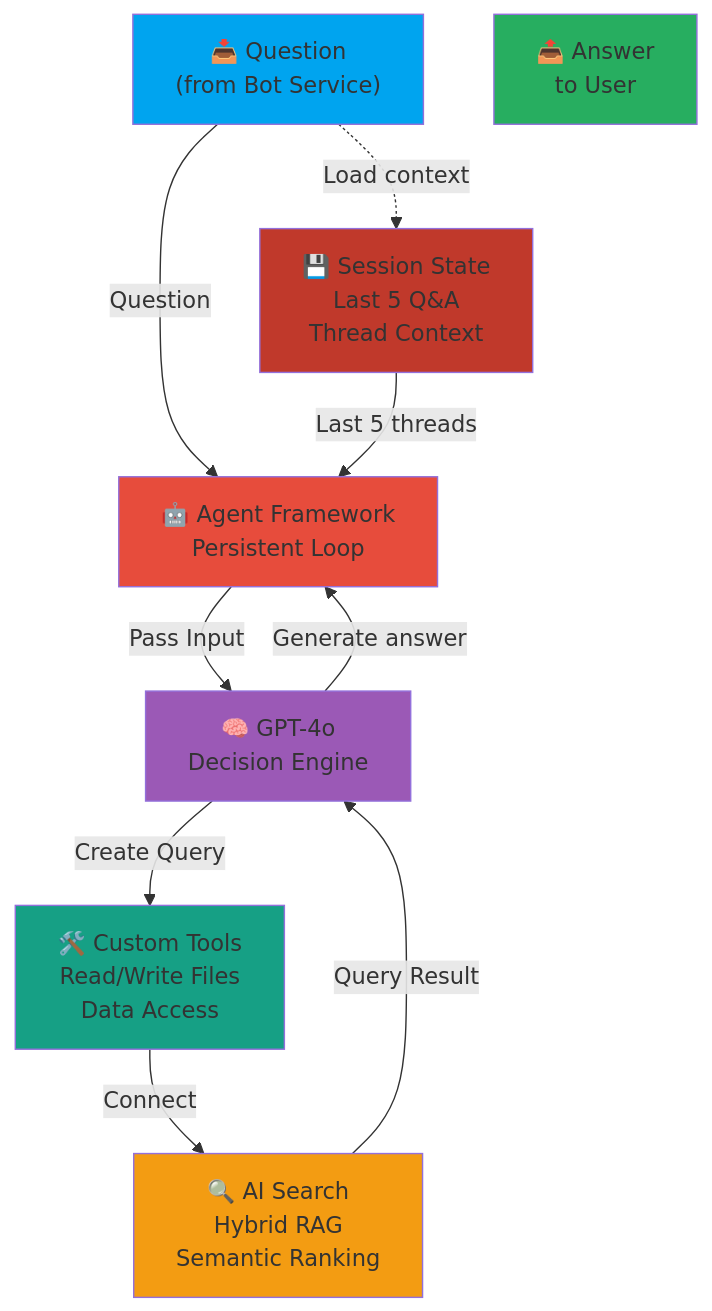
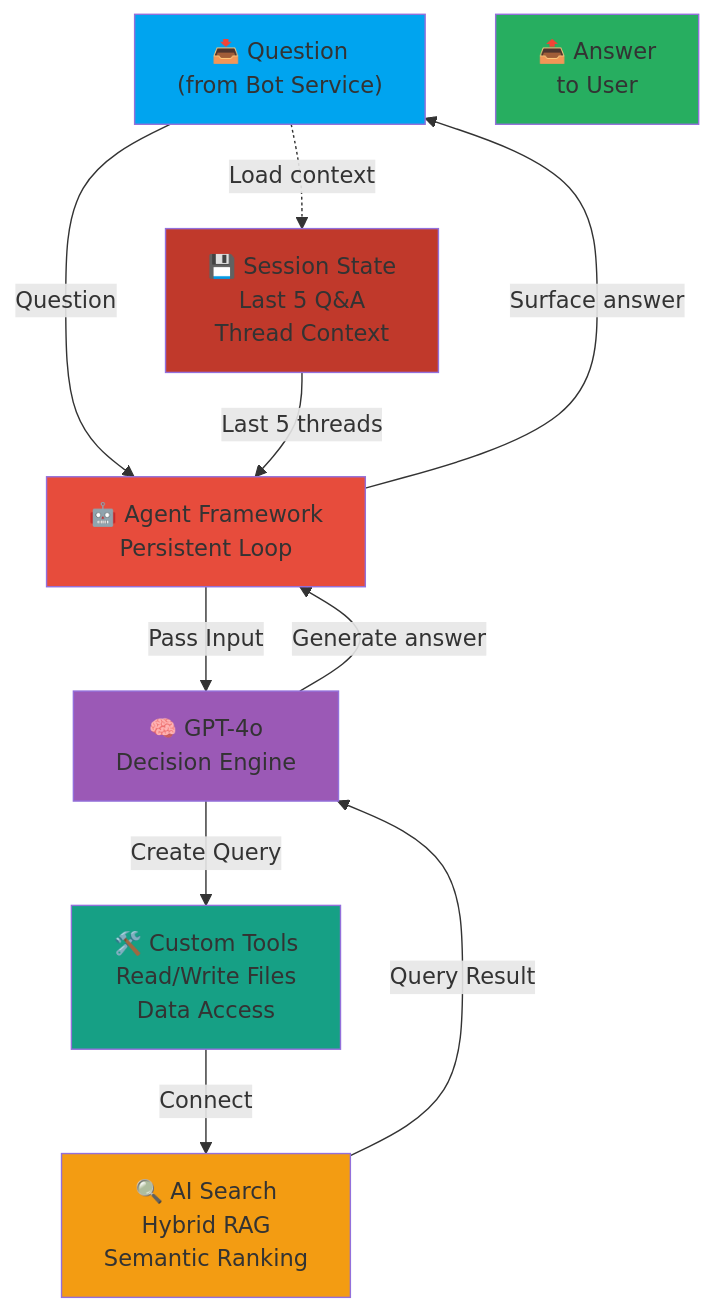
Before and after one commit to gabycb/rag-sample-copy: the second of 3 diagrams in README.md, drawn with Mermaid.

Commit message:
Add 'Input' to the diagram in README.md

````diff
--- a/README.md
+++ b/README.md
@@ -74,35 +74,36 @@
 ```mermaid
 graph TB
     Input["📥 Question<br/>(from Bot Service)"]
     
     SessionMgr["💾 Session State<br/>Last 5 Q&A<br/>Thread Context"]
     
     Agent["🤖 Agent Framework<br/>Persistent Loop"]
     
     LLM["🧠 GPT-4o<br/>Decision Engine"]
     
     Tools["🛠️ Custom Tools<br/>Read/Write Files<br/>Data Access"]
     
     Search["🔍 AI Search<br/>Hybrid RAG<br/>Semantic Ranking"]
     
     Output["📤 Answer<br/>to User"]
     
     Input -->|Question| Agent
     Input -.->|Load context| SessionMgr
     SessionMgr -->|Last 5 threads| Agent
     
     Agent -->|Pass Input| LLM
     LLM -->|Create Query| Tools
     Tools -->|Connect| Search
     Search -->|Query Result| LLM
     
     LLM -->|Generate answer| Agent
+    Agent -->|Surface answer| Input
     
     style Input fill:#00a4ef
     style Agent fill:#e74c3c
     style LLM fill:#9b59b6
     style SessionMgr fill:#c0392b
     style Tools fill:#16a085
     style Search fill:#f39c12
     style Output fill:#27ae60
 ```
````
